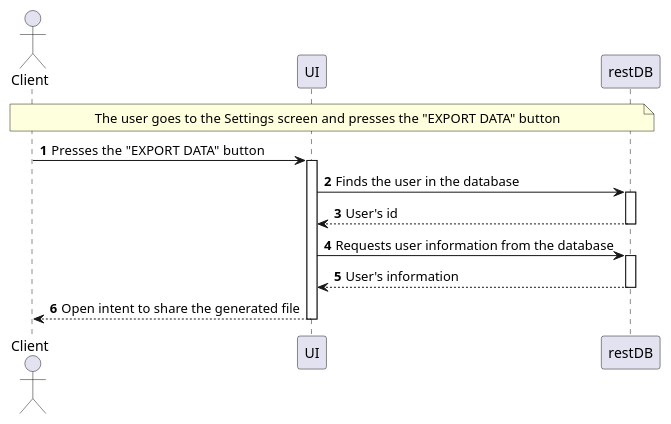
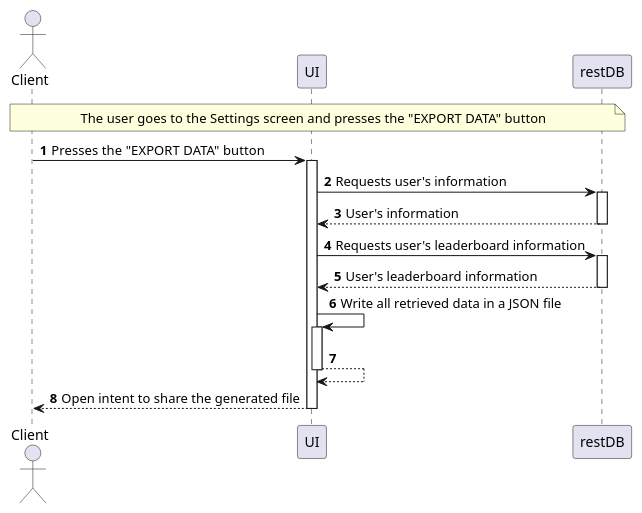
Before and after one commit to 8126Lucas/DSSMV_ProjectReact_1241131_1241008: the diagram in UMLs/puml/System Sequence Diagram/UCSS-SSD/UCSS6-SSD.puml, drawn with PlantUML. The commit also changed 15 other files, not shown here.

```diff
--- a/UMLs/puml/System Sequence Diagram/UCSS-SSD/UCSS6-SSD.puml
+++ b/UMLs/puml/System Sequence Diagram/UCSS-SSD/UCSS6-SSD.puml
@@ -1,19 +1,21 @@
 @startuml
 'https://plantuml.com/sequence-diagram
 
 autonumber
 autoactivate on
 
 Actor "Client" as client
 participant "UI" as ui
 participant "restDB" as restdb
 
 note over client, restdb: The user goes to the Settings screen and presses the "EXPORT DATA" button
 
 client -> ui: Presses the "EXPORT DATA" button
-    ui -> restdb: Finds the user in the database
-    restdb --> ui: User's id
-    ui -> restdb: Requests user information from the database
+    ui -> restdb: Requests user's information
     restdb --> ui: User's information
+    ui -> restdb: Requests user's leaderboard information
+    restdb --> ui: User's leaderboard information
+    ui -> ui: Write all retrieved data in a JSON file
+    ui --> ui
 ui --> client: Open intent to share the generated file
 @enduml
```
